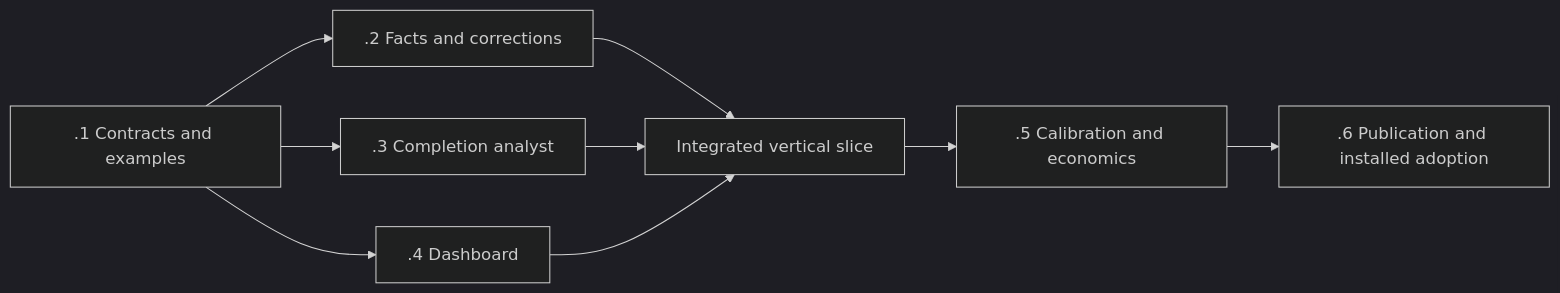
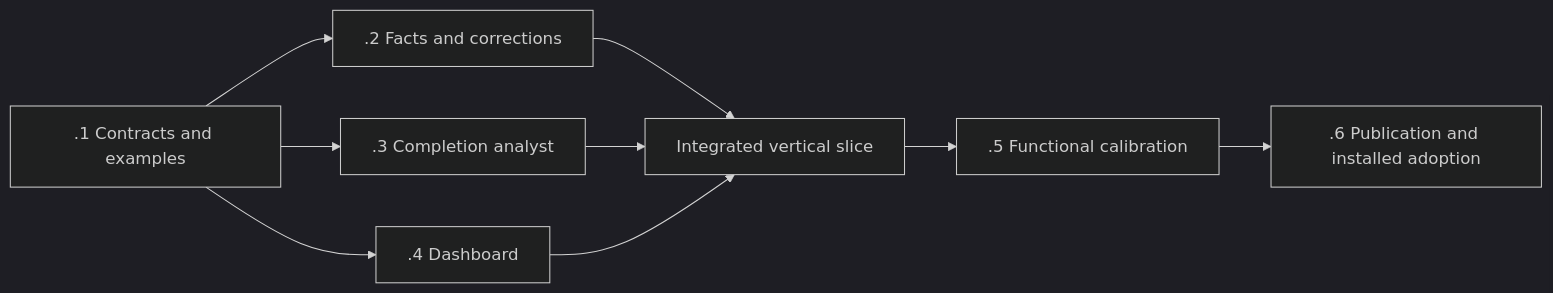
One commit to FS-GG/.github changed the diagram in docs/roadmaps/process-efficiency-telemetry.md. Above: the diagram before and after it, drawn with Mermaid (dark theme). The commit also changed other lines of this file and 3 other files, not shown here.

````diff
--- a/docs/roadmaps/process-efficiency-telemetry.md
+++ b/docs/roadmaps/process-efficiency-telemetry.md
@@ -397,11 +402,11 @@
 ```mermaid
 flowchart LR
     A[.1 Contracts and examples] --> B[.2 Facts and corrections]
     A --> C[.3 Completion analyst]
     A --> D[.4 Dashboard]
     B --> E[Integrated vertical slice]
     C --> E
     D --> E
-    E --> F[.5 Calibration and economics]
+    E --> F[.5 Functional calibration]
     F --> G[.6 Publication and installed adoption]
 ```
````
